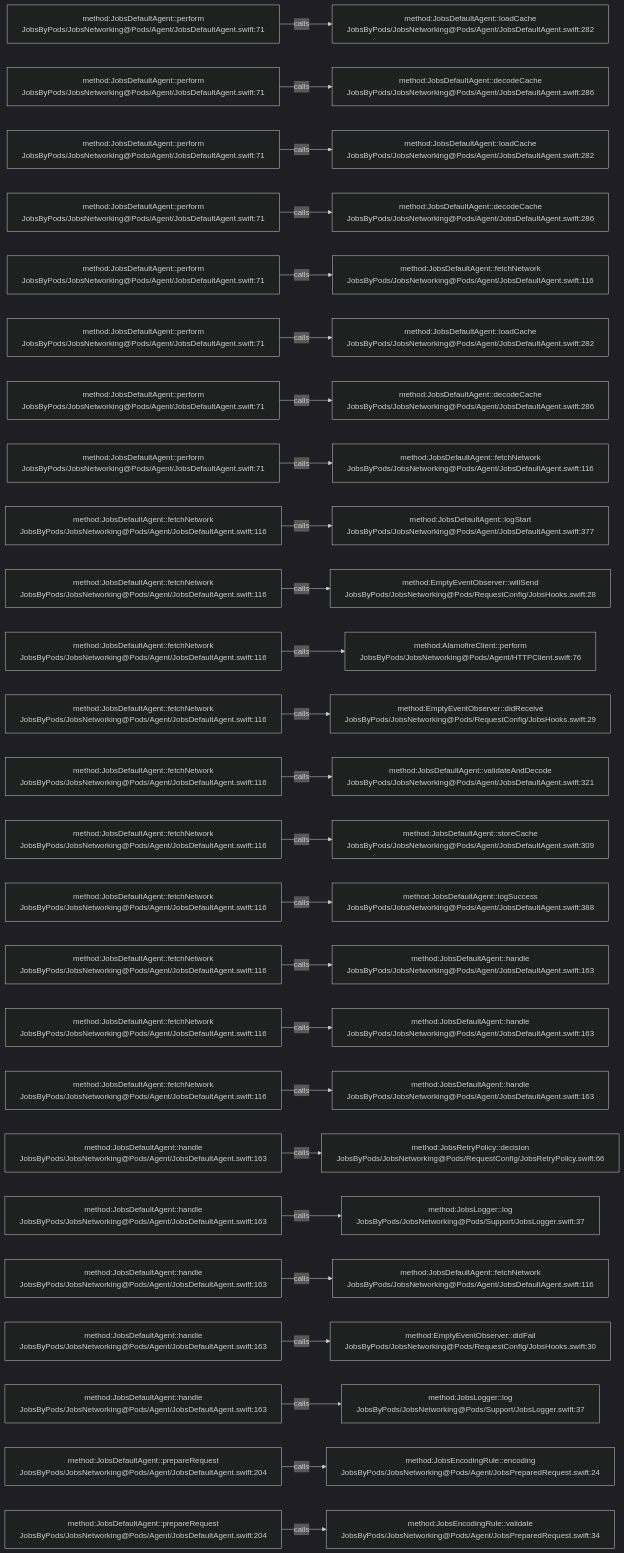
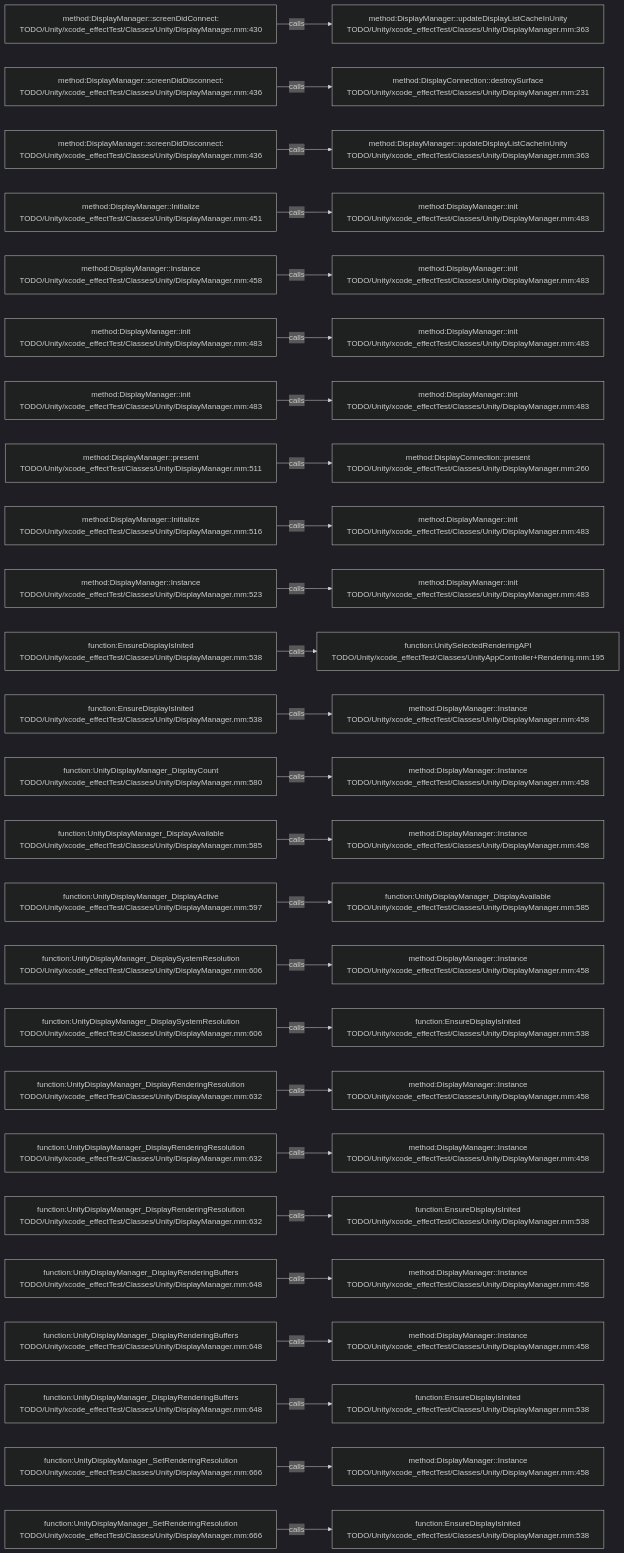
Before and after one commit to JobsKits/JobsSwiftBaseConfigDemo: the diagram in .codegraph/codegraph.md/graphs/calls-037.md, drawn with Mermaid (dark theme). The commit also changed 227 other files, not shown here.

````diff
--- a/.codegraph/codegraph.md/graphs/calls-037.md
+++ b/.codegraph/codegraph.md/graphs/calls-037.md
@@ -13,78 +13,78 @@
 ```mermaid
 flowchart LR
-  S1["method:JobsDefaultAgent::perform<br/>JobsByPods/JobsNetworking@Pods/Agent/JobsDefaultAgent.swift:71"]
-  T1["method:JobsDefaultAgent::loadCache<br/>JobsByPods/JobsNetworking@Pods/Agent/JobsDefaultAgent.swift:282"]
+  S1["method:DisplayManager::screenDidConnect:<br/>TODO/Unity/xcode_effectTest/Classes/Unity/DisplayManager.mm:430"]
+  T1["method:DisplayManager::updateDisplayListCacheInUnity<br/>TODO/Unity/xcode_effectTest/Classes/Unity/DisplayManager.mm:363"]
   S1 -->|calls| T1
-  S2["method:JobsDefaultAgent::perform<br/>JobsByPods/JobsNetworking@Pods/Agent/JobsDefaultAgent.swift:71"]
-  T2["method:JobsDefaultAgent::decodeCache<br/>JobsByPods/JobsNetworking@Pods/Agent/JobsDefaultAgent.swift:286"]
+  S2["method:DisplayManager::screenDidDisconnect:<br/>TODO/Unity/xcode_effectTest/Classes/Unity/DisplayManager.mm:436"]
+  T2["method:DisplayConnection::destroySurface<br/>TODO/Unity/xcode_effectTest/Classes/Unity/DisplayManager.mm:231"]
   S2 -->|calls| T2
-  S3["method:JobsDefaultAgent::perform<br/>JobsByPods/JobsNetworking@Pods/Agent/JobsDefaultAgent.swift:71"]
-  T3["method:JobsDefaultAgent::loadCache<br/>JobsByPods/JobsNetworking@Pods/Agent/JobsDefaultAgent.swift:282"]
+  S3["method:DisplayManager::screenDidDisconnect:<br/>TODO/Unity/xcode_effectTest/Classes/Unity/DisplayManager.mm:436"]
+  T3["method:DisplayManager::updateDisplayListCacheInUnity<br/>TODO/Unity/xcode_effectTest/Classes/Unity/DisplayManager.mm:363"]
   S3 -->|calls| T3
-  S4["method:JobsDefaultAgent::perform<br/>JobsByPods/JobsNetworking@Pods/Agent/JobsDefaultAgent.swift:71"]
-  T4["method:JobsDefaultAgent::decodeCache<br/>JobsByPods/JobsNetworking@Pods/Agent/JobsDefaultAgent.swift:286"]
+  S4["method:DisplayManager::Initialize<br/>TODO/Unity/xcode_effectTest/Classes/Unity/DisplayManager.mm:451"]
+  T4["method:DisplayManager::init<br/>TODO/Unity/xcode_effectTest/Classes/Unity/DisplayManager.mm:483"]
   S4 -->|calls| T4
-  S5["method:JobsDefaultAgent::perform<br/>JobsByPods/JobsNetworking@Pods/Agent/JobsDefaultAgent.swift:71"]
-  T5["method:JobsDefaultAgent::fetchNetwork<br/>JobsByPods/JobsNetworking@Pods/Agent/JobsDefaultAgent.swift:116"]
+  S5["method:DisplayManager::Instance<br/>TODO/Unity/xcode_effectTest/Classes/Unity/DisplayManager.mm:458"]
+  T5["method:DisplayManager::init<br/>TODO/Unity/xcode_effectTest/Classes/Unity/DisplayManager.mm:483"]
   S5 -->|calls| T5
-  S6["method:JobsDefaultAgent::perform<br/>JobsByPods/JobsNetworking@Pods/Agent/JobsDefaultAgent.swift:71"]
-  T6["method:JobsDefaultAgent::loadCache<br/>JobsByPods/JobsNetworking@Pods/Agent/JobsDefaultAgent.swift:282"]
+  S6["method:DisplayManager::init<br/>TODO/Unity/xcode_effectTest/Classes/Unity/DisplayManager.mm:483"]
+  T6["method:DisplayManager::init<br/>TODO/Unity/xcode_effectTest/Classes/Unity/DisplayManager.mm:483"]
   S6 -->|calls| T6
-  S7["method:JobsDefaultAgent::perform<br/>JobsByPods/JobsNetworking@Pods/Agent/JobsDefaultAgent.swift:71"]
-  T7["method:JobsDefaultAgent::decodeCache<br/>JobsByPods/JobsNetworking@Pods/Agent/JobsDefaultAgent.swift:286"]
+  S7["method:DisplayManager::init<br/>TODO/Unity/xcode_effectTest/Classes/Unity/DisplayManager.mm:483"]
+  T7["method:DisplayManager::init<br/>TODO/Unity/xcode_effectTest/Classes/Unity/DisplayManager.mm:483"]
   S7 -->|calls| T7
-  S8["method:JobsDefaultAgent::perform<br/>JobsByPods/JobsNetworking@Pods/Agent/JobsDefaultAgent.swift:71"]
-  T8["method:JobsDefaultAgent::fetchNetwork<br/>JobsByPods/JobsNetworking@Pods/Agent/JobsDefaultAgent.swift:116"]
+  S8["method:DisplayManager::present<br/>TODO/Unity/xcode_effectTest/Classes/Unity/DisplayManager.mm:511"]
+  T8["method:DisplayConnection::present<br/>TODO/Unity/xcode_effectTest/Classes/Unity/DisplayManager.mm:260"]
   S8 -->|calls| T8
-  S9["method:JobsDefaultAgent::fetchNetwork<br/>JobsByPods/JobsNetworking@Pods/Agent/JobsDefaultAgent.swift:116"]
-  T9["method:JobsDefaultAgent::logStart<br/>JobsByPods/JobsNetworking@Pods/Agent/JobsDefaultAgent.swift:377"]
+  S9["method:DisplayManager::Initialize<br/>TODO/Unity/xcode_effectTest/Classes/Unity/DisplayManager.mm:516"]
+  T9["method:DisplayManager::init<br/>TODO/Unity/xcode_effectTest/Classes/Unity/DisplayManager.mm:483"]
   S9 -->|calls| T9
-  S10["method:JobsDefaultAgent::fetchNetwork<br/>JobsByPods/JobsNetworking@Pods/Agent/JobsDefaultAgent.swift:116"]
-  T10["method:EmptyEventObserver::willSend<br/>JobsByPods/JobsNetworking@Pods/RequestConfig/JobsHooks.swift:28"]
+  S10["method:DisplayManager::Instance<br/>TODO/Unity/xcode_effectTest/Classes/Unity/DisplayManager.mm:523"]
+  T10["method:DisplayManager::init<br/>TODO/Unity/xcode_effectTest/Classes/Unity/DisplayManager.mm:483"]
   S10 -->|calls| T10
-  S11["method:JobsDefaultAgent::fetchNetwork<br/>JobsByPods/JobsNetworking@Pods/Agent/JobsDefaultAgent.swift:116"]
-  T11["method:AlamofireClient::perform<br/>JobsByPods/JobsNetworking@Pods/Agent/HTTPClient.swift:76"]
+  S11["function:EnsureDisplayIsInited<br/>TODO/Unity/xcode_effectTest/Classes/Unity/DisplayManager.mm:538"]
+  T11["function:UnitySelectedRenderingAPI<br/>TODO/Unity/xcode_effectTest/Classes/UnityAppController+Rendering.mm:195"]
   S11 -->|calls| T11
-  S12["method:JobsDefaultAgent::fetchNetwork<br/>JobsByPods/JobsNetworking@Pods/Agent/JobsDefaultAgent.swift:116"]
-  T12["method:EmptyEventObserver::didReceive<br/>JobsByPods/JobsNetworking@Pods/RequestConfig/JobsHooks.swift:29"]
+  S12["function:EnsureDisplayIsInited<br/>TODO/Unity/xcode_effectTest/Classes/Unity/DisplayManager.mm:538"]
+  T12["method:DisplayManager::Instance<br/>TODO/Unity/xcode_effectTest/Classes/Unity/DisplayManager.mm:458"]
   S12 -->|calls| T12
-  S13["method:JobsDefaultAgent::fetchNetwork<br/>JobsByPods/JobsNetworking@Pods/Agent/JobsDefaultAgent.swift:116"]
-  T13["method:JobsDefaultAgent::validateAndDecode<br/>JobsByPods/JobsNetworking@Pods/Agent/JobsDefaultAgent.swift:321"]
+  S13["function:UnityDisplayManager_DisplayCount<br/>TODO/Unity/xcode_effectTest/Classes/Unity/DisplayManager.mm:580"]
+  T13["method:DisplayManager::Instance<br/>TODO/Unity/xcode_effectTest/Classes/Unity/DisplayManager.mm:458"]
   S13 -->|calls| T13
-  S14["method:JobsDefaultAgent::fetchNetwork<br/>JobsByPods/JobsNetworking@Pods/Agent/JobsDefaultAgent.swift:116"]
-  T14["method:JobsDefaultAgent::storeCache<br/>JobsByPods/JobsNetworking@Pods/Agent/JobsDefaultAgent.swift:309"]
+  S14["function:UnityDisplayManager_DisplayAvailable<br/>TODO/Unity/xcode_effectTest/Classes/Unity/DisplayManager.mm:585"]
+  T14["method:DisplayManager::Instance<br/>TODO/Unity/xcode_effectTest/Classes/Unity/DisplayManager.mm:458"]
   S14 -->|calls| T14
-  S15["method:JobsDefaultAgent::fetchNetwork<br/>JobsByPods/JobsNetworking@Pods/Agent/JobsDefaultAgent.swift:116"]
-  T15["method:JobsDefaultAgent::logSuccess<br/>JobsByPods/JobsNetworking@Pods/Agent/JobsDefaultAgent.swift:388"]
+  S15["function:UnityDisplayManager_DisplayActive<br/>TODO/Unity/xcode_effectTest/Classes/Unity/DisplayManager.mm:597"]
+  T15["function:UnityDisplayManager_DisplayAvailable<br/>TODO/Unity/xcode_effectTest/Classes/Unity/DisplayManager.mm:585"]
   S15 -->|calls| T15
-  S16["method:JobsDefaultAgent::fetchNetwork<br/>JobsByPods/JobsNetworking@Pods/Agent/JobsDefaultAgent.swift:116"]
-  T16["method:JobsDefaultAgent::handle<br/>JobsByPods/JobsNetworking@Pods/Agent/JobsDefaultAgent.swift:163"]
+  S16["function:UnityDisplayManager_DisplaySystemResolution<br/>TODO/Unity/xcode_effectTest/Classes/Unity/DisplayManager.mm:606"]
+  T16["method:DisplayManager::Instance<br/>TODO/Unity/xcode_effectTest/Classes/Unity/DisplayManager.mm:458"]
   S16 -->|calls| T16
-  S17["method:JobsDefaultAgent::fetchNetwork<br/>JobsByPods/JobsNetworking@Pods/Agent/JobsDefaultAgent.swift:116"]
-  T17["method:JobsDefaultAgent::handle<br/>JobsByPods/JobsNetworking@Pods/Agent/JobsDefaultAgent.swift:163"]
+  S17["function:UnityDisplayManager_DisplaySystemResolution<br/>TODO/Unity/xcode_effectTest/Classes/Unity/DisplayManager.mm:606"]
+  T17["function:EnsureDisplayIsInited<br/>TODO/Unity/xcode_effectTest/Classes/Unity/DisplayManager.mm:538"]
   S17 -->|calls| T17
-  S18["method:JobsDefaultAgent::fetchNetwork<br/>JobsByPods/JobsNetworking@Pods/Agent/JobsDefaultAgent.swift:116"]
-  T18["method:JobsDefaultAgent::handle<br/>JobsByPods/JobsNetworking@Pods/Agent/JobsDefaultAgent.swift:163"]
+  S18["function:UnityDisplayManager_DisplayRenderingResolution<br/>TODO/Unity/xcode_effectTest/Classes/Unity/DisplayManager.mm:632"]
+  T18["method:DisplayManager::Instance<br/>TODO/Unity/xcode_effectTest/Classes/Unity/DisplayManager.mm:458"]
   S18 -->|calls| T18
-  S19["method:JobsDefaultAgent::handle<br/>JobsByPods/JobsNetworking@Pods/Agent/JobsDefaultAgent.swift:163"]
-  T19["method:JobsRetryPolicy::decision<br/>JobsByPods/JobsNetworking@Pods/RequestConfig/JobsRetryPolicy.swift:66"]
+  S19["function:UnityDisplayManager_DisplayRenderingResolution<br/>TODO/Unity/xcode_effectTest/Classes/Unity/DisplayManager.mm:632"]
+  T19["method:DisplayManager::Instance<br/>TODO/Unity/xcode_effectTest/Classes/Unity/DisplayManager.mm:458"]
   S19 -->|calls| T19
-  S20["method:JobsDefaultAgent::handle<br/>JobsByPods/JobsNetworking@Pods/Agent/JobsDefaultAgent.swift:163"]
-  T20["method:JobsLogger::log<br/>JobsByPods/JobsNetworking@Pods/Support/JobsLogger.swift:37"]
+  S20["function:UnityDisplayManager_DisplayRenderingResolution<br/>TODO/Unity/xcode_effectTest/Classes/Unity/DisplayManager.mm:632"]
+  T20["function:EnsureDisplayIsInited<br/>TODO/Unity/xcode_effectTest/Classes/Unity/DisplayManager.mm:538"]
   S20 -->|calls| T20
-  S21["method:JobsDefaultAgent::handle<br/>JobsByPods/JobsNetworking@Pods/Agent/JobsDefaultAgent.swift:163"]
-  T21["method:JobsDefaultAgent::fetchNetwork<br/>JobsByPods/JobsNetworking@Pods/Agent/JobsDefaultAgent.swift:116"]
+  S21["function:UnityDisplayManager_DisplayRenderingBuffers<br/>TODO/Unity/xcode_effectTest/Classes/Unity/DisplayManager.mm:648"]
+  T21["method:DisplayManager::Instance<br/>TODO/Unity/xcode_effectTest/Classes/Unity/DisplayManager.mm:458"]
   S21 -->|calls| T21
-  S22["method:JobsDefaultAgent::handle<br/>JobsByPods/JobsNetworking@Pods/Agent/JobsDefaultAgent.swift:163"]
-  T22["method:EmptyEventObserver::didFail<br/>JobsByPods/JobsNetworking@Pods/RequestConfig/JobsHooks.swift:30"]
+  S22["function:UnityDisplayManager_DisplayRenderingBuffers<br/>TODO/Unity/xcode_effectTest/Classes/Unity/DisplayManager.mm:648"]
+  T22["method:DisplayManager::Instance<br/>TODO/Unity/xcode_effectTest/Classes/Unity/DisplayManager.mm:458"]
   S22 -->|calls| T22
-  S23["method:JobsDefaultAgent::handle<br/>JobsByPods/JobsNetworking@Pods/Agent/JobsDefaultAgent.swift:163"]
-  T23["method:JobsLogger::log<br/>JobsByPods/JobsNetworking@Pods/Support/JobsLogger.swift:37"]
+  S23["function:UnityDisplayManager_DisplayRenderingBuffers<br/>TODO/Unity/xcode_effectTest/Classes/Unity/DisplayManager.mm:648"]
+  T23["function:EnsureDisplayIsInited<br/>TODO/Unity/xcode_effectTest/Classes/Unity/DisplayManager.mm:538"]
   S23 -->|calls| T23
-  S24["method:JobsDefaultAgent::prepareRequest<br/>JobsByPods/JobsNetworking@Pods/Agent/JobsDefaultAgent.swift:204"]
-  T24["method:JobsEncodingRule::encoding<br/>JobsByPods/JobsNetworking@Pods/Agent/JobsPreparedRequest.swift:24"]
+  S24["function:UnityDisplayManager_SetRenderingResolution<br/>TODO/Unity/xcode_effectTest/Classes/Unity/DisplayManager.mm:666"]
+  T24["method:DisplayManager::Instance<br/>TODO/Unity/xcode_effectTest/Classes/Unity/DisplayManager.mm:458"]
   S24 -->|calls| T24
-  S25["method:JobsDefaultAgent::prepareRequest<br/>JobsByPods/JobsNetworking@Pods/Agent/JobsDefaultAgent.swift:204"]
-  T25["method:JobsEncodingRule::validate<br/>JobsByPods/JobsNetworking@Pods/Agent/JobsPreparedRequest.swift:34"]
+  S25["function:UnityDisplayManager_SetRenderingResolution<br/>TODO/Unity/xcode_effectTest/Classes/Unity/DisplayManager.mm:666"]
+  T25["function:EnsureDisplayIsInited<br/>TODO/Unity/xcode_effectTest/Classes/Unity/DisplayManager.mm:538"]
   S25 -->|calls| T25
 ```
````
